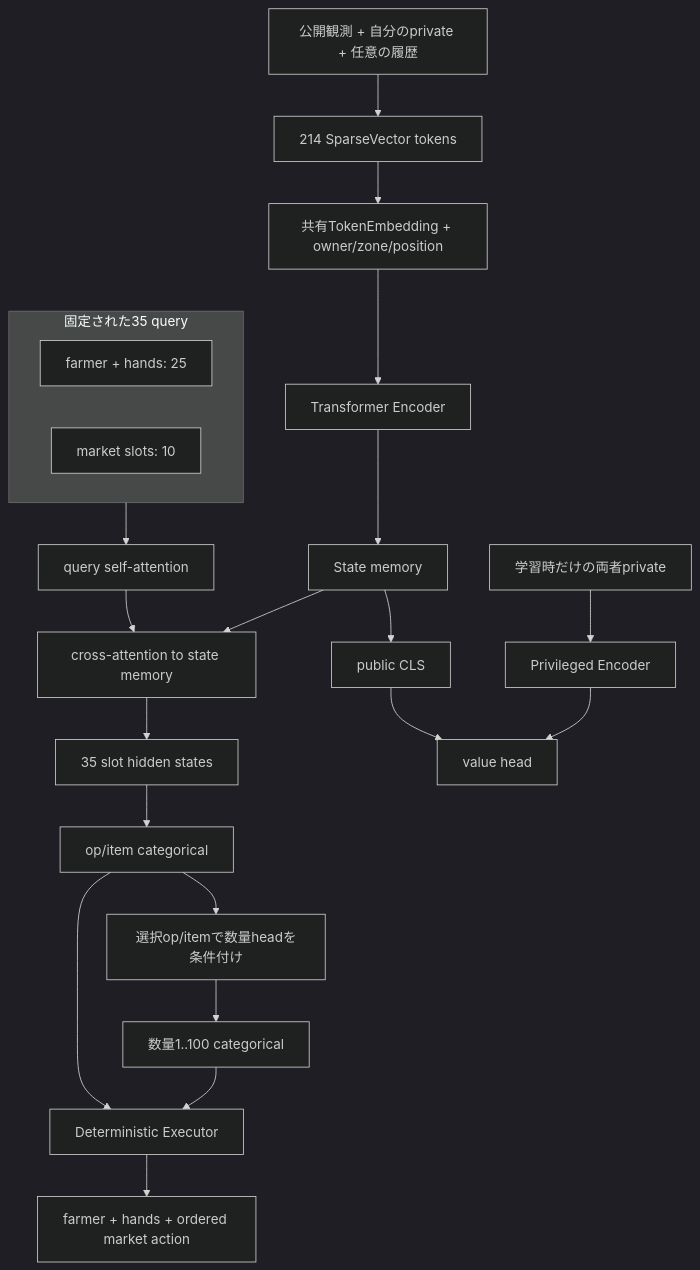
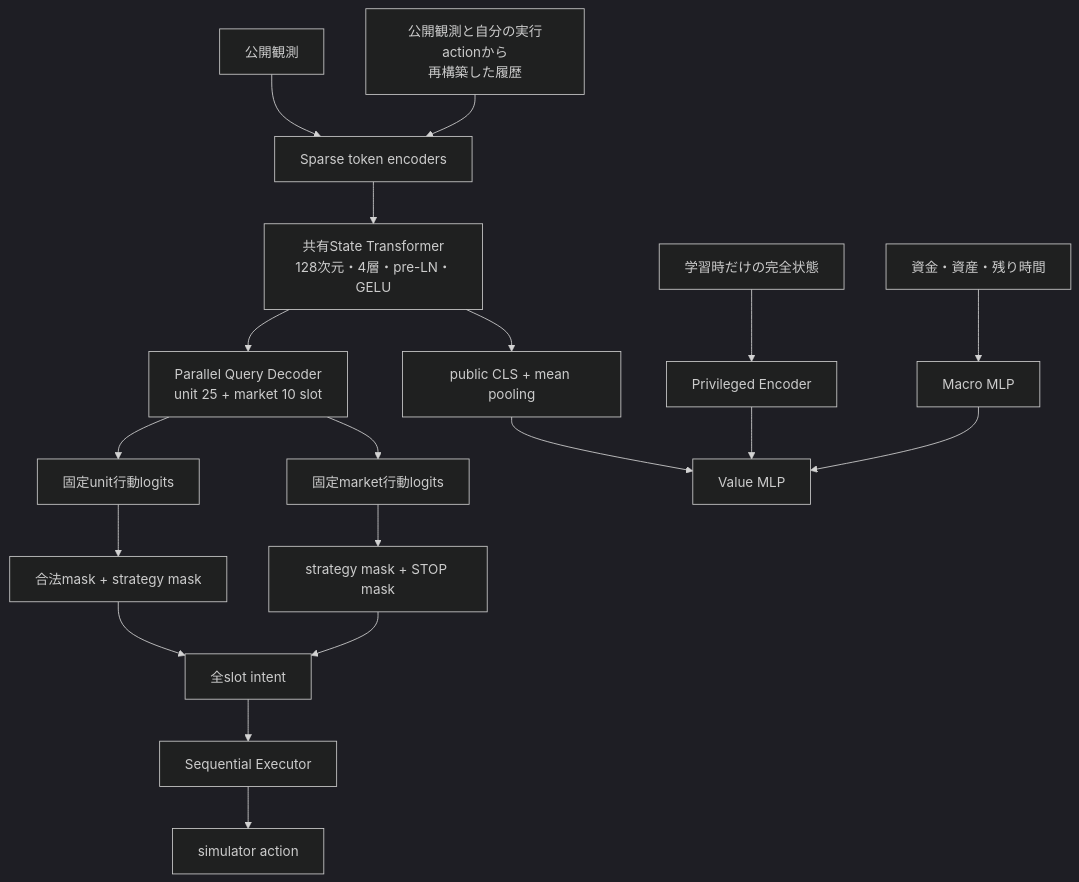
Before and after one commit to atsushi11o7/kaggriculture: the diagram in src/kaggriculture/policy/README.md, drawn with Mermaid (dark theme). The commit also changed other lines of this file and 46 other files, not shown here.

Commit message:
Rewrite policy network to V3 fixed-slot parallel architecture

````diff
--- a/src/kaggriculture/policy/README.md
+++ b/src/kaggriculture/policy/README.md
@@ -24,32 +8,27 @@
 ```mermaid
 flowchart TB
-    OBS[公開観測 + 自分のprivate + 任意の履歴]
-    TOK[214 SparseVector tokens]
-    EMB[共有TokenEmbedding + owner/zone/position]
-    ENC[Transformer Encoder]
-    MEM[State memory]
+    OBS[公開観測]
+    HIST[公開観測と自分の実行actionから<br/>再構築した履歴]
+    TOK[Sparse token encoders]
+    ENC[共有State Transformer<br/>128次元・4層・pre-LN・GELU]
 
-    OBS --> TOK --> EMB --> ENC --> MEM
+    OBS --> TOK
+    HIST --> TOK
+    TOK --> ENC
+    ENC --> QUERY[Parallel Query Decoder<br/>unit 25 + market 10 slot]
+    QUERY --> UNIT[固定unit行動logits]
+    QUERY --> MARKET[固定market行動logits]
+    UNIT --> UM[合法mask + strategy mask]
+    MARKET --> MM[strategy mask + STOP mask]
+    UM --> INTENT[全slot intent]
+    MM --> INTENT
+    INTENT --> EXEC[Sequential Executor]
+    EXEC --> ACTION[simulator action]
 
-    subgraph Q[固定された35 query]
-        U[farmer + hands: 25]
-        M[market slots: 10]
-    end
-
-    Q --> SELF[query self-attention]
-    SELF --> CROSS[cross-attention to state memory]
-    MEM --> CROSS
-    CROSS --> H[35 slot hidden states]
-
-    H --> OP[op/item categorical]
-    OP --> COND[選択op/itemで数量headを条件付け]
-    COND --> NUM[数量1..100 categorical]
-    OP --> EXEC[Deterministic Executor]
-    NUM --> EXEC
-    EXEC --> ACTION[farmer + hands + ordered market action]
-
-    MEM --> CLS[public CLS]
-    PRIV[学習時だけの両者private] --> PENC[Privileged Encoder]
-    CLS --> VALUE[value head]
+    ENC --> PUBLIC[public CLS + mean pooling]
+    PRIV[学習時だけの完全状態] --> PENC[Privileged Encoder]
+    MACRO[資金・資産・残り時間] --> MLP[Macro MLP]
+    PUBLIC --> VALUE[Value MLP]
     PENC --> VALUE
+    MLP --> VALUE
 ```
````
